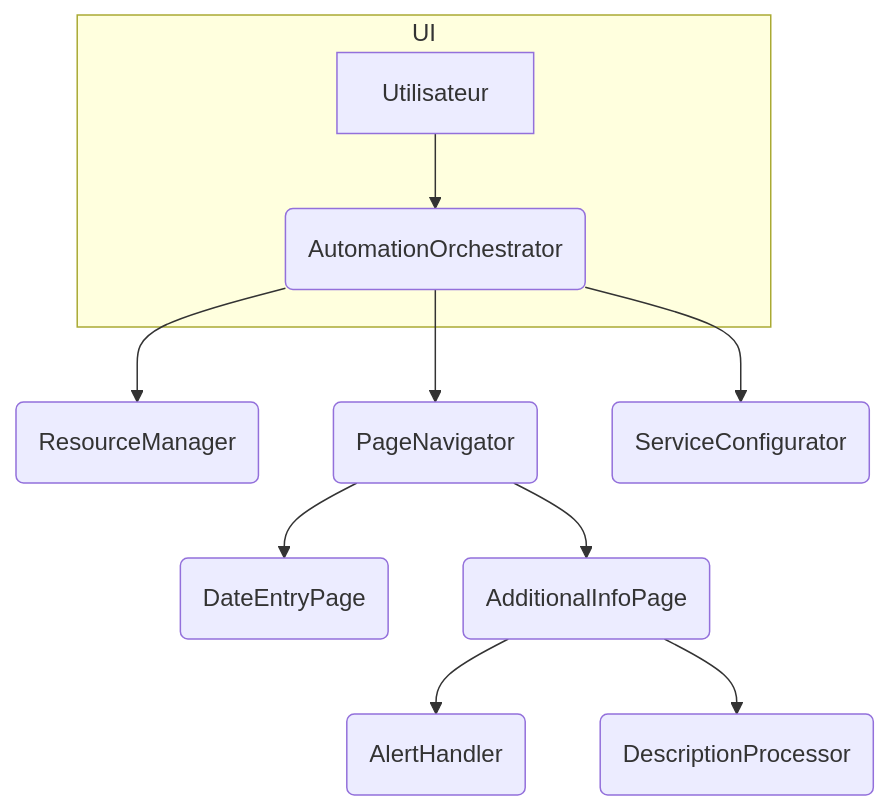
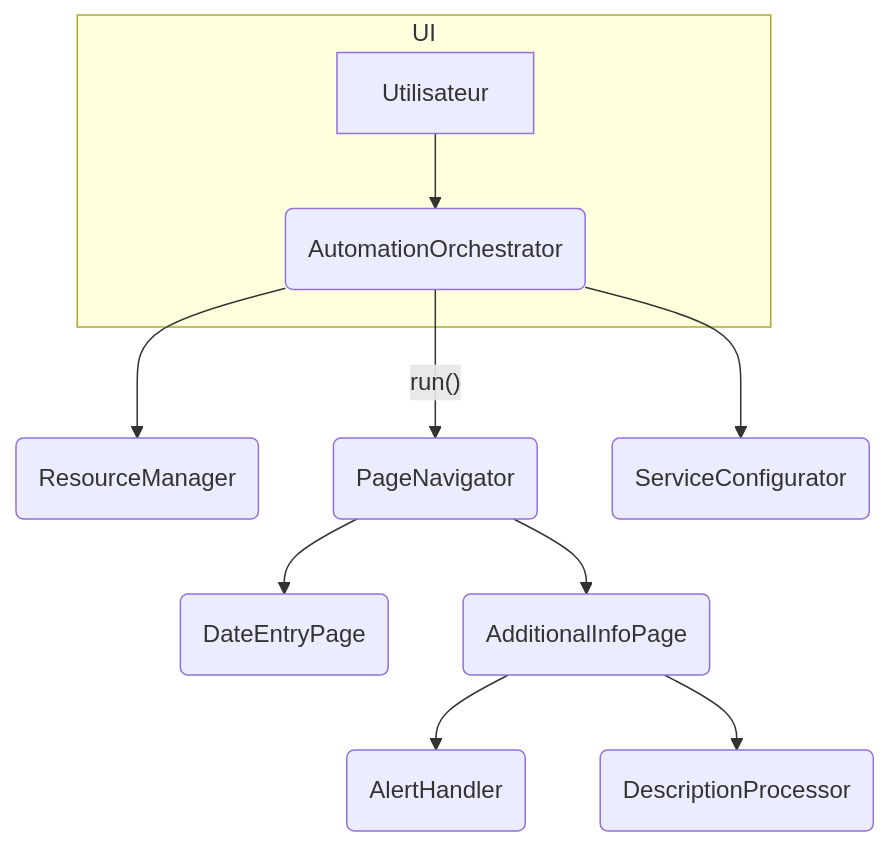
One commit to Fr3doo/sele_saisie_auto changed the diagram in README.md. Above: the diagram before and after it, drawn with Mermaid. The commit also changed other lines of this file and 1 other file, not shown here.

Commit message:
docs: update navigation diagram

````diff
--- a/README.md
+++ b/README.md
@@ -127,13 +128,13 @@
 ```mermaid
 graph TD
   subgraph UI
     A[Utilisateur] --> AO(AutomationOrchestrator)
   end
   AO --> RM(ResourceManager)
-  AO --> PN(PageNavigator)
+  AO -- run() --> PN(PageNavigator)
   AO --> SC(ServiceConfigurator)
   PN --> DE(DateEntryPage)
   PN --> AI(AdditionalInfoPage)
   AI --> AH(AlertHandler)
   AI --> DP(DescriptionProcessor)
 ```
````
